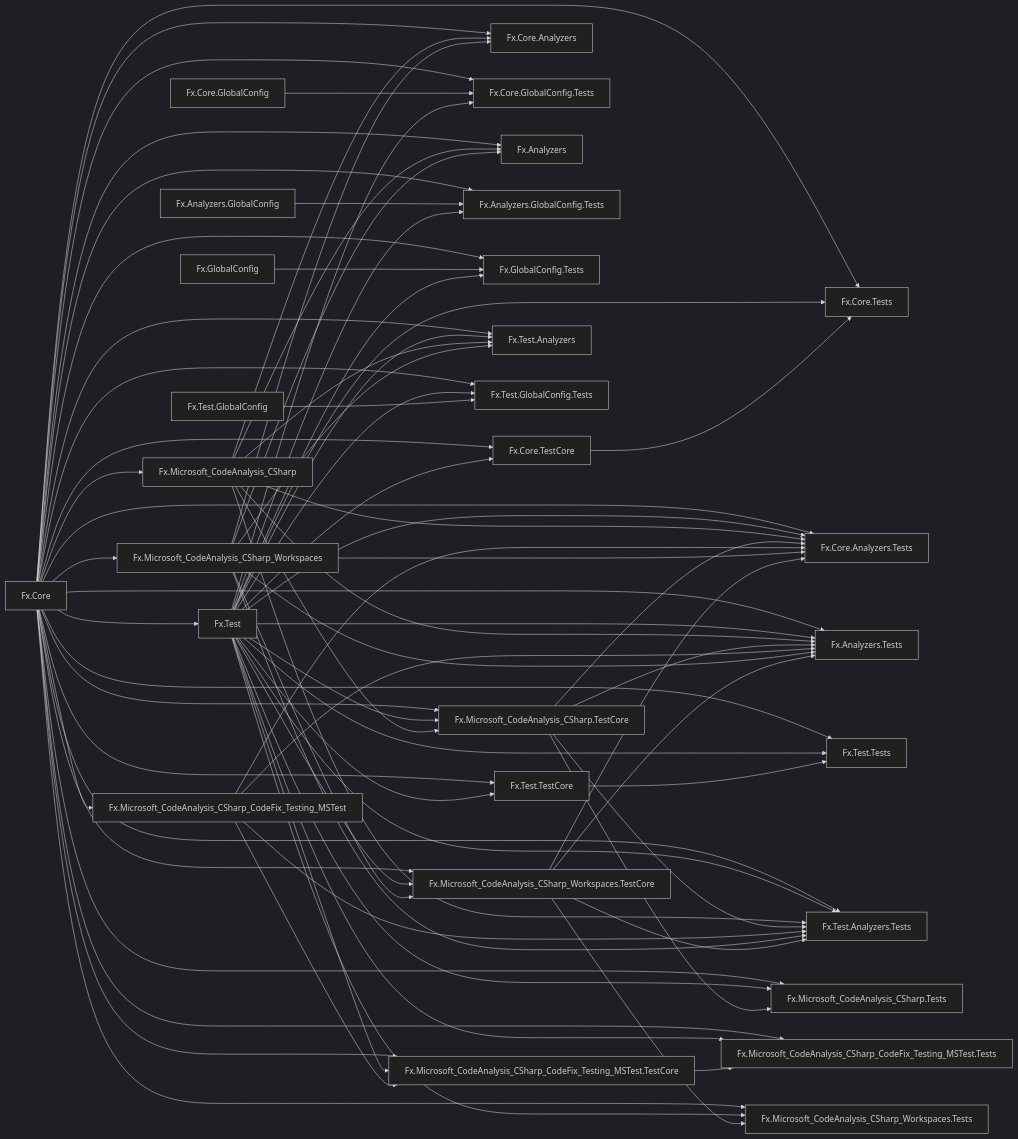
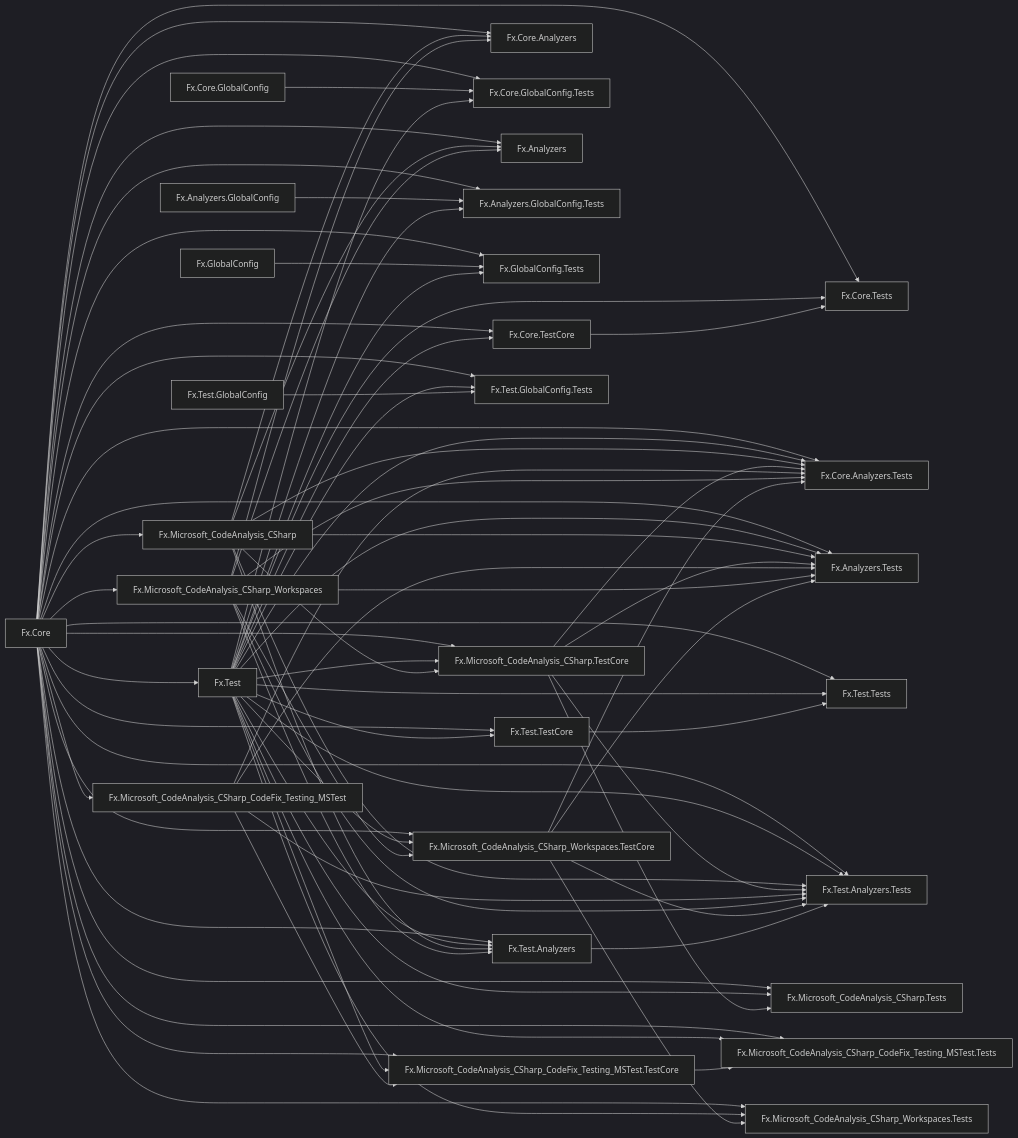
Before and after one commit to ravudet/Fx.Core: the diagram in graph.md, drawn with Mermaid (dark theme).

```diff
--- a/graph.md
+++ b/graph.md
@@ -94,6 +94,7 @@
 	Fx.Microsoft_CodeAnalysis_CSharp_CodeFix_Testing_MSTest --> Fx.Test.Analyzers.Tests
 	Fx.Microsoft_CodeAnalysis_CSharp_Workspaces --> Fx.Test.Analyzers.Tests
 	Fx.Microsoft_CodeAnalysis_CSharp_Workspaces.TestCore --> Fx.Test.Analyzers.Tests
+	Fx.Test.Analyzers --> Fx.Test.Analyzers.Tests
 
 	Fx.Core --> Fx.Test.GlobalConfig.Tests
 	Fx.Test --> Fx.Test.GlobalConfig.Tests
```
